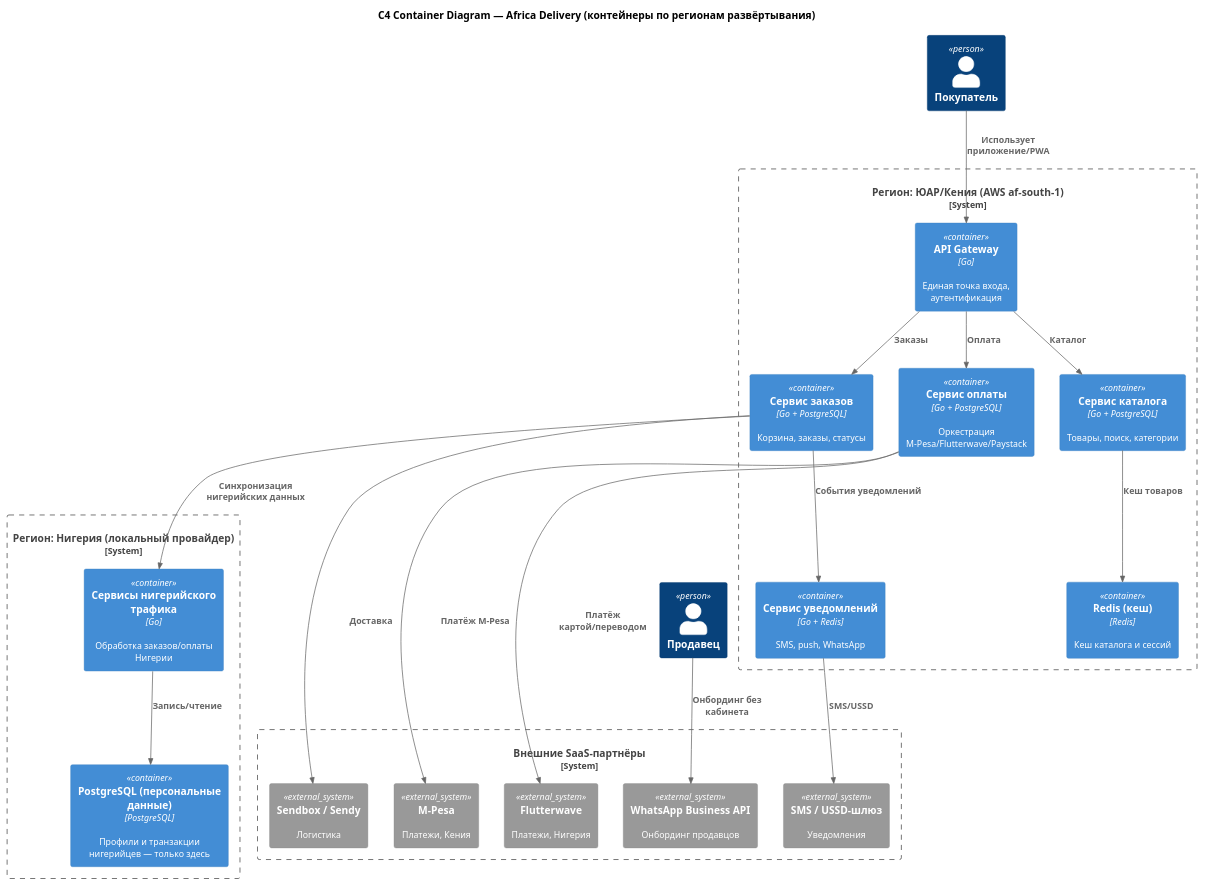
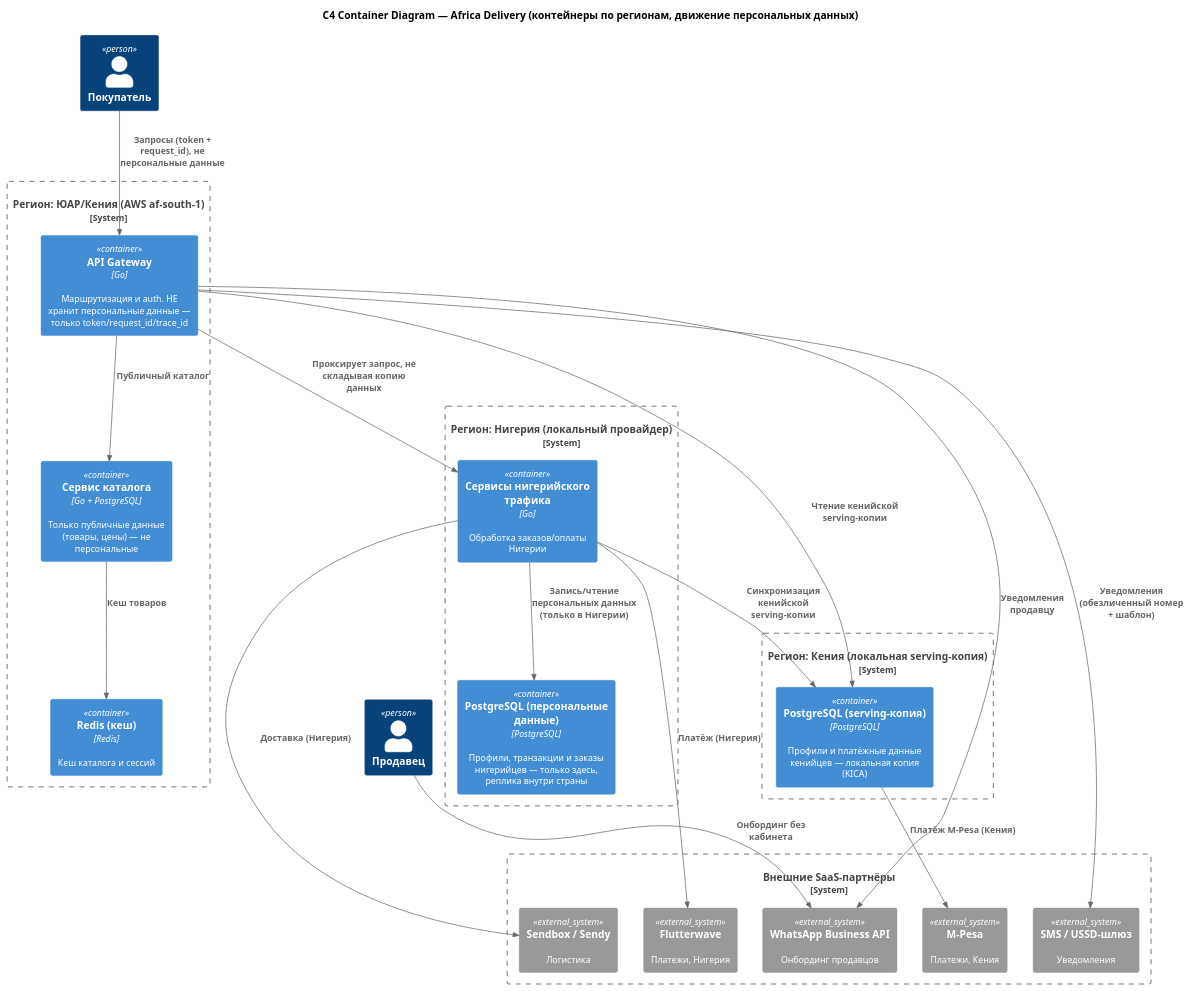
One commit to Zemond/Africa_Delivery changed the diagram in Task4/c4-container.puml. Above: the diagram before and after it, drawn with PlantUML. The commit also changed 19 other files, not shown here.

```diff
--- a/Task4/c4-container.puml
+++ b/Task4/c4-container.puml
@@ -1,46 +1,47 @@
 @startuml
 !include <C4/C4_Container>
 skinparam defaultFontSize 12
 skinparam backgroundColor #FFFFFF
 
-title C4 Container Diagram — Africa Delivery (контейнеры по регионам развёртывания)
+title C4 Container Diagram — Africa Delivery (контейнеры по регионам, движение персональных данных)
 
 Person(customer, "Покупатель", "")
 Person(seller, "Продавец", "")
 
+System_Boundary(za, "Регион: ЮАР/Кения (AWS af-south-1)") {
+  Container(api, "API Gateway", "Go", "Маршрутизация и auth. НЕ хранит персональные данные — только token/request_id/trace_id")
+  Container(catalog, "Сервис каталога", "Go + PostgreSQL", "Только публичные данные (товары, цены) — не персональные")
+  Container(cache, "Redis (кеш)", "Redis", "Кеш каталога и сессий")
+}
+
 System_Boundary(ng, "Регион: Нигерия (локальный провайдер)") {
-  Container(ngdb, "PostgreSQL (персональные данные)", "PostgreSQL", "Профили и транзакции нигерийцев — только здесь")
+  Container(ngdb, "PostgreSQL (персональные данные)", "PostgreSQL", "Профили, транзакции и заказы нигерийцев — только здесь, реплика внутри страны")
   Container(ngsvc, "Сервисы нигерийского трафика", "Go", "Обработка заказов/оплаты Нигерии")
 }
 
-System_Boundary(za, "Регион: ЮАР/Кения (AWS af-south-1)") {
-  Container(api, "API Gateway", "Go", "Единая точка входа, аутентификация")
-  Container(catalog, "Сервис каталога", "Go + PostgreSQL", "Товары, поиск, категории")
-  Container(orders, "Сервис заказов", "Go + PostgreSQL", "Корзина, заказы, статусы")
-  Container(payments, "Сервис оплаты", "Go + PostgreSQL", "Оркестрация M-Pesa/Flutterwave/Paystack")
-  Container(notif, "Сервис уведомлений", "Go + Redis", "SMS, push, WhatsApp")
-  Container(cache, "Redis (кеш)", "Redis", "Кеш каталога и сессий")
+System_Boundary(ke, "Регион: Кения (локальная serving-копия)") {
+  Container(kedb, "PostgreSQL (serving-копия)", "PostgreSQL", "Профили и платёжные данные кенийцев — локальная копия (KICA)")
 }
 
 System_Boundary(ext, "Внешние SaaS-партнёры") {
   System_Ext(mpesa, "M-Pesa", "Платежи, Кения")
   System_Ext(flutterwave, "Flutterwave", "Платежи, Нигерия")
   System_Ext(sendbox, "Sendbox / Sendy", "Логистика")
   System_Ext(smsgw, "SMS / USSD-шлюз", "Уведомления")
   System_Ext(whatsapp, "WhatsApp Business API", "Онбординг продавцов")
 }
 
-Rel(customer, api, "Использует приложение/PWA")
+Rel(customer, api, "Запросы (token + request_id), не персональные данные")
 Rel(seller, whatsapp, "Онбординг без кабинета")
-Rel(api, catalog, "Каталог")
-Rel(api, orders, "Заказы")
-Rel(api, payments, "Оплата")
-Rel(orders, notif, "События уведомлений")
+Rel(api, catalog, "Публичный каталог")
 Rel(catalog, cache, "Кеш товаров")
-Rel(payments, mpesa, "Платёж M-Pesa")
-Rel(payments, flutterwave, "Платёж картой/переводом")
-Rel(orders, sendbox, "Доставка")
-Rel(notif, smsgw, "SMS/USSD")
-Rel(orders, ngsvc, "Синхронизация нигерийских данных")
-Rel(ngsvc, ngdb, "Запись/чтение")
+Rel(api, ngsvc, "Проксирует запрос, не складывая копию данных")
+Rel(ngsvc, ngdb, "Запись/чтение персональных данных (только в Нигерии)")
+Rel(ngsvc, flutterwave, "Платёж (Нигерия)")
+Rel(ngsvc, sendbox, "Доставка (Нигерия)")
+Rel(api, kedb, "Чтение кенийской serving-копии")
+Rel(ngsvc, kedb, "Синхронизация кенийской serving-копии")
+Rel(kedb, mpesa, "Платёж M-Pesa (Кения)")
+Rel(api, smsgw, "Уведомления (обезличенный номер + шаблон)")
+Rel(api, whatsapp, "Уведомления продавцу")
 @enduml
```
